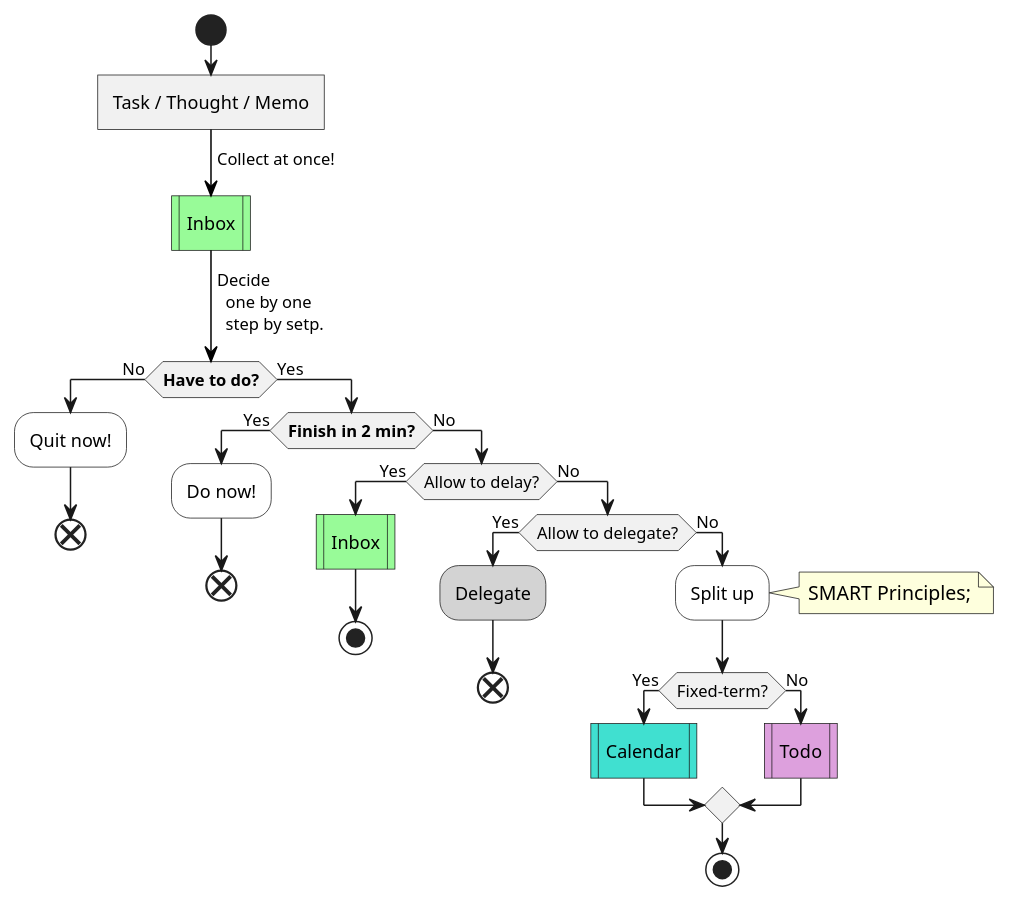
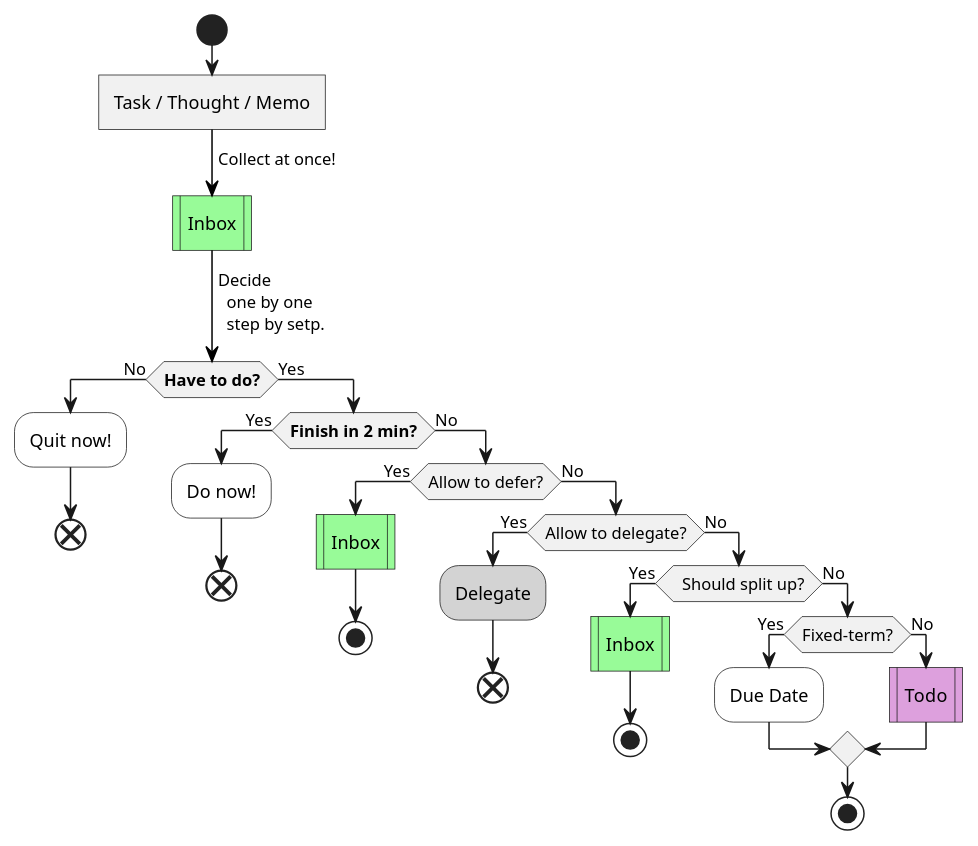
Before and after one commit to IceHe/icehe-lib: the fifth of 8 diagrams in snips/principles/gtd.md, drawn with PlantUML.

Commit message:
2019-07-04 16:54:25 Thu

````diff
--- a/snips/principles/gtd.md
+++ b/snips/principles/gtd.md
@@ -150,38 +150,42 @@
 ```puml
 @startuml
 start
 :Task / Thought / Memo]
 -[#black]-> Collect at once!;
 #paleGreen:Inbox|
 -[#black]-> Decide \n  one by one \n  step by setp.;
 if (**Have to do?**) then (No)
     #white:Quit now!;
     end
 else (Yes)
     if (**Finish in 2 min?**) then (Yes)
         #white:Do now!;
         end
     else (No)
-        if (Allow to delay?) then (Yes)
+        if (Allow to defer?) then (Yes)
             #paleGreen:Inbox|
             stop
         else (No)
             if (Allow to delegate?) then (Yes)
                 #lightGray:Delegate;
                 end
             else (No)
-                #white:Split up;
-                note right : SMART Principles;
-                if (Fixed-term?) then (Yes)
-                    '#white:Due Date;
-                    #turquoise:Calendar|
+                if (  Should split up?) then (Yes)
+                    #paleGreen:Inbox|
+                    stop
                 else (No)
-                    #plum:Todo|
+                    if (Fixed-term?) then (Yes)
+                        #white:Due Date;
+                        '#turquoise:Calendar|
+                    else (No)
+                        #plum:Todo|
+                    endif
+
+                    stop
                 endif
-                stop
             endif
         endif
     endif
 endif
 @enduml
 ```
````
